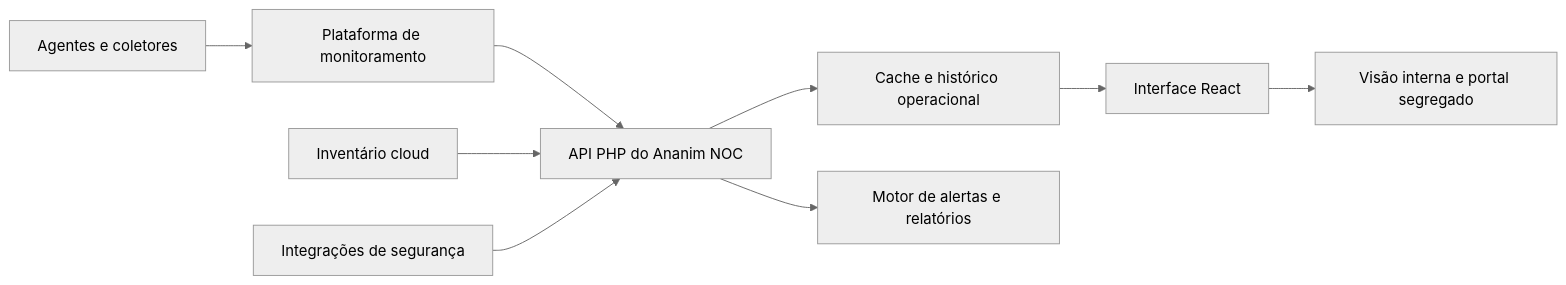
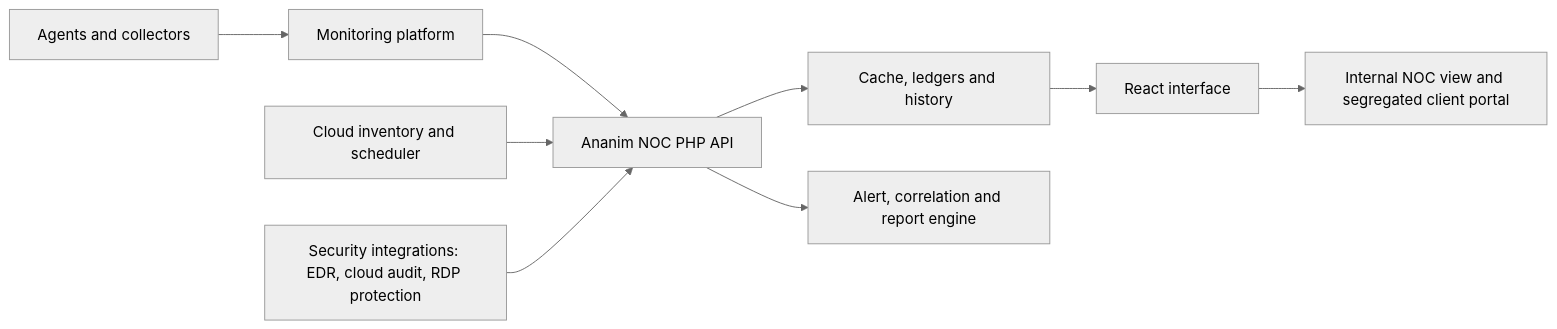
Before and after one commit to gsouzacloud/noc-operation-center-portfolio: the diagram in README.md, drawn with Mermaid (neutral theme). The commit also changed other lines of this file and 30 other files, not shown here.

````diff
--- a/README.md
+++ b/README.md
@@ -74,11 +262,11 @@
 ```mermaid
 flowchart LR
-  A[Agentes e coletores] --> B[Plataforma de monitoramento]
-  B --> C[API PHP do Ananim NOC]
-  D[Inventário cloud] --> C
-  E[Integrações de segurança] --> C
-  C --> F[Cache e histórico operacional]
-  F --> G[Interface React]
-  C --> H[Motor de alertas e relatórios]
-  G --> I[Visão interna e portal segregado]
+  A[Agents and collectors] --> B[Monitoring platform]
+  B --> C[Ananim NOC PHP API]
+  D[Cloud inventory and scheduler] --> C
+  E[Security integrations: EDR, cloud audit, RDP protection] --> C
+  C --> F[Cache, ledgers and history]
+  F --> G[React interface]
+  C --> H[Alert, correlation and report engine]
+  G --> I[Internal NOC view and segregated client portal]
 ```
````
